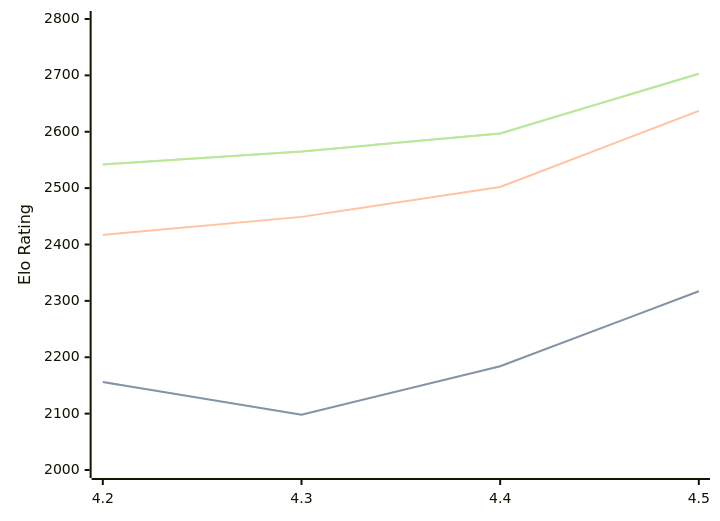
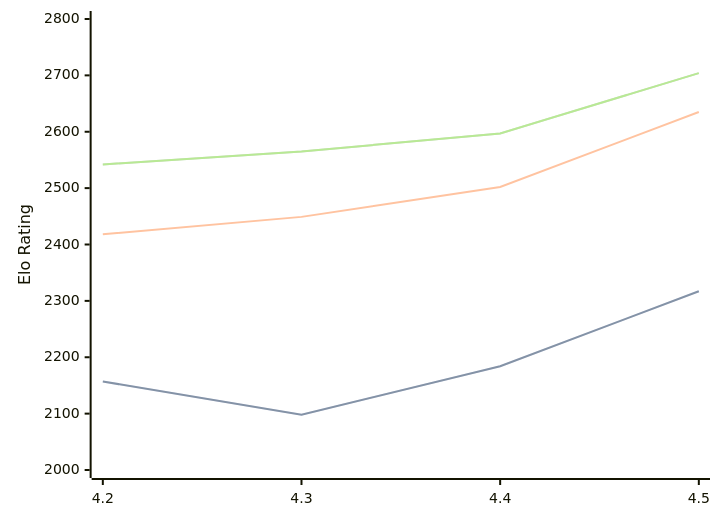
The diagram in engines/Eubos.md (computer-chess-index/cci), drawn with Mermaid before and after one commit. The commit also changed other lines of this file, not shown here.

Commit message:
Update CCI Ratings (ELO VLTC) - 2026-08-24

````diff
--- a/engines/Eubos.md
+++ b/engines/Eubos.md
@@ -34,11 +34,11 @@
 ```mermaid
 %%{init: {"theme":"base","themeVariables":{"seriesColors:['#a3a3a3','#222221','#faa371']}}}%%
 xychart-beta
   x-axis ["4.2", "4.3", "4.4", "4.5"]
   y-axis "Elo Rating" 2000 --> 2800
-  line "STC (8.0+0.08s)" [2156, 2098, 2184, 2317]
-  line "STC (8.0+0.08s)" [2156, 2098, 2184, 2317]
-  line "LTC (60.0+0.60s)" [2417, 2449, 2502, 2637]
-  line "VLTC (2m24s+1.12s)" [2542, 2565, 2597, 2703]
-  line "VLTC (2m24s+1.12s)" [2542, 2565, 2597, 2703]
+  line "STC (8.0+0.08s)" [2157, 2098, 2184, 2317]
+  line "STC (8.0+0.08s)" [2157, 2098, 2184, 2317]
+  line "LTC (60.0+0.60s)" [2418, 2449, 2502, 2635]
+  line "VLTC (2m24s+1.12s)" [2542, 2565, 2597, 2704]
+  line "VLTC (2m24s+1.12s)" [2542, 2565, 2597, 2704]
 ```
````
